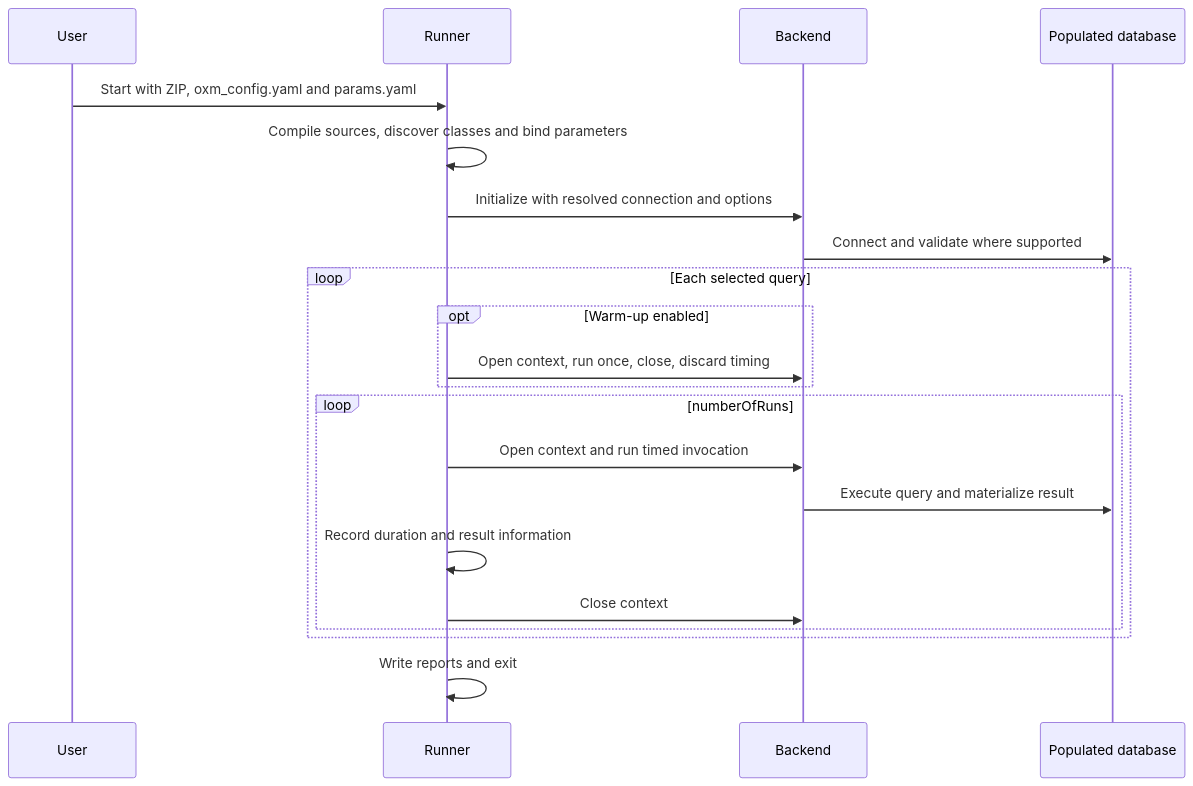
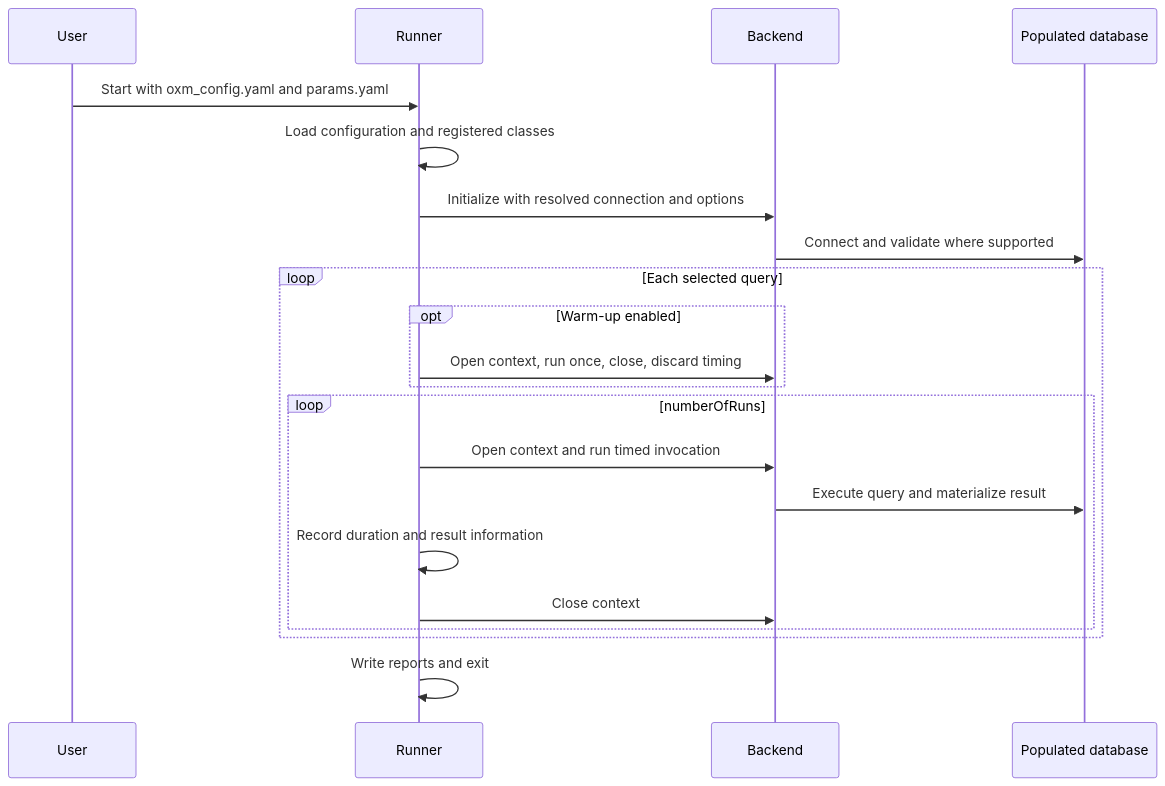
The third of 3 diagrams in docs/RUNNER_ARCHITECTURE.md (SimekJan/oxm-benchmark), drawn with Mermaid before and after one commit. The commit also changed other lines of this file and 25 other files, not shown here.

Commit message:
Add basic Runner architecture. Queries and Entities are now loaded by hard-coding

````diff
--- a/docs/RUNNER_ARCHITECTURE.md
+++ b/docs/RUNNER_ARCHITECTURE.md
@@ -131,23 +126,23 @@
 ```mermaid
 sequenceDiagram
     participant U as User
     participant R as Runner
     participant B as Backend
     participant D as Populated database
-    U->>R: Start with ZIP, oxm_config.yaml and params.yaml
-    R->>R: Compile sources, discover classes and bind parameters
+    U->>R: Start with oxm_config.yaml and params.yaml
+    R->>R: Load configuration and registered classes
     R->>B: Initialize with resolved connection and options
     B->>D: Connect and validate where supported
     loop Each selected query
         opt Warm-up enabled
             R->>B: Open context, run once, close, discard timing
         end
         loop numberOfRuns
             R->>B: Open context and run timed invocation
             B->>D: Execute query and materialize result
             R->>R: Record duration and result information
             R->>B: Close context
         end
     end
     R->>R: Write reports and exit
 ```
````
